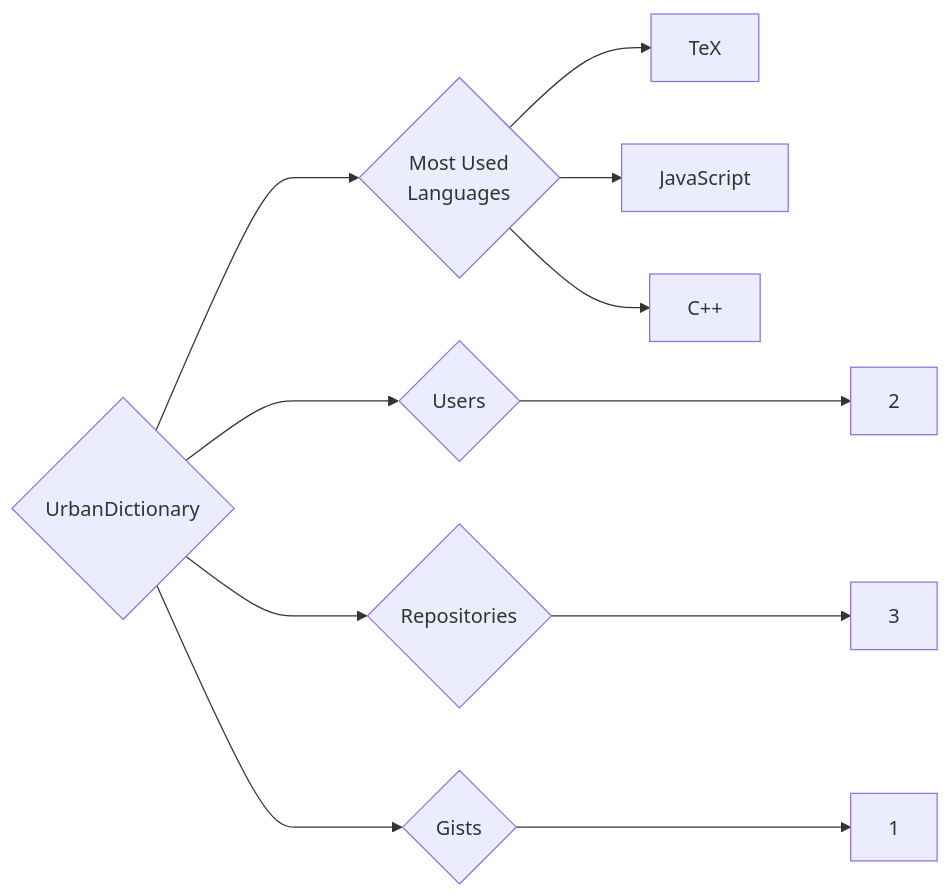
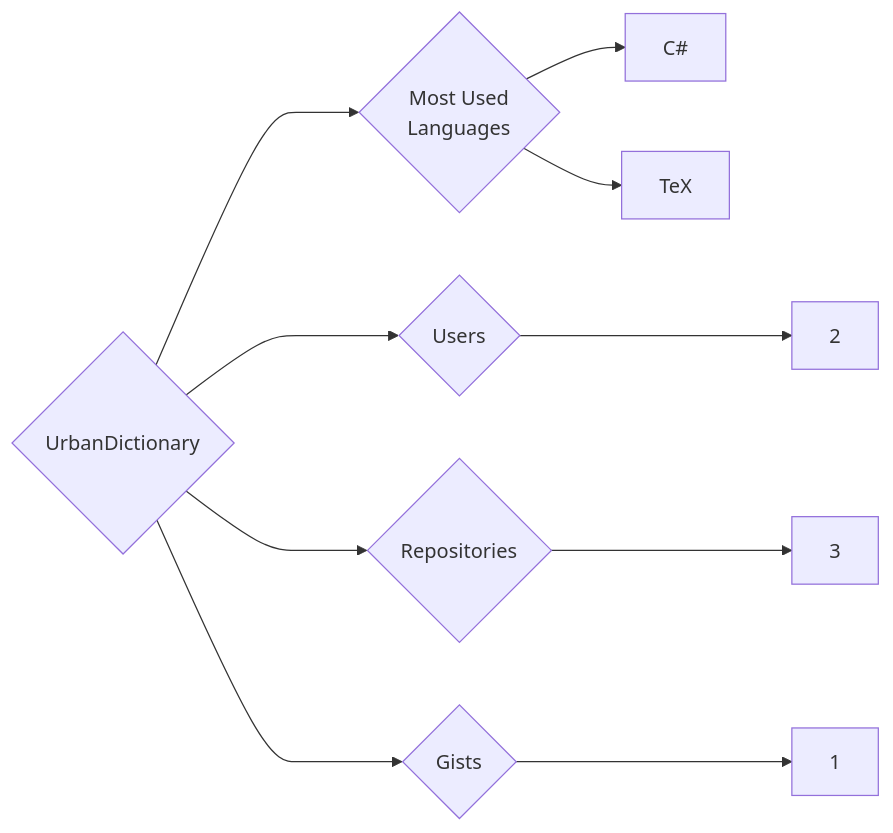
Before and after one commit to trickest/insiders: the diagram in targets/UrbanDictionary/README.md, drawn with Mermaid. The commit also changed 1389 other files, not shown here.

````diff
--- a/targets/UrbanDictionary/README.md
+++ b/targets/UrbanDictionary/README.md
@@ -3,11 +3,10 @@
 ```mermaid
 graph LR
 COMPANY_NAME{UrbanDictionary}
 COMPANY_NAME ---> U{Users} ---> UN[2]
 COMPANY_NAME ---> R{Repositories} ---> RN[3]
 COMPANY_NAME ---> G{Gists} ---> GN[1]
 COMPANY_NAME ---> ML{Most Used<br>Languages}
+ML --> C#[C#]
 ML --> TeX[TeX]
-ML --> JavaScript[JavaScript]
-ML --> C++[C++]
 ```
````
